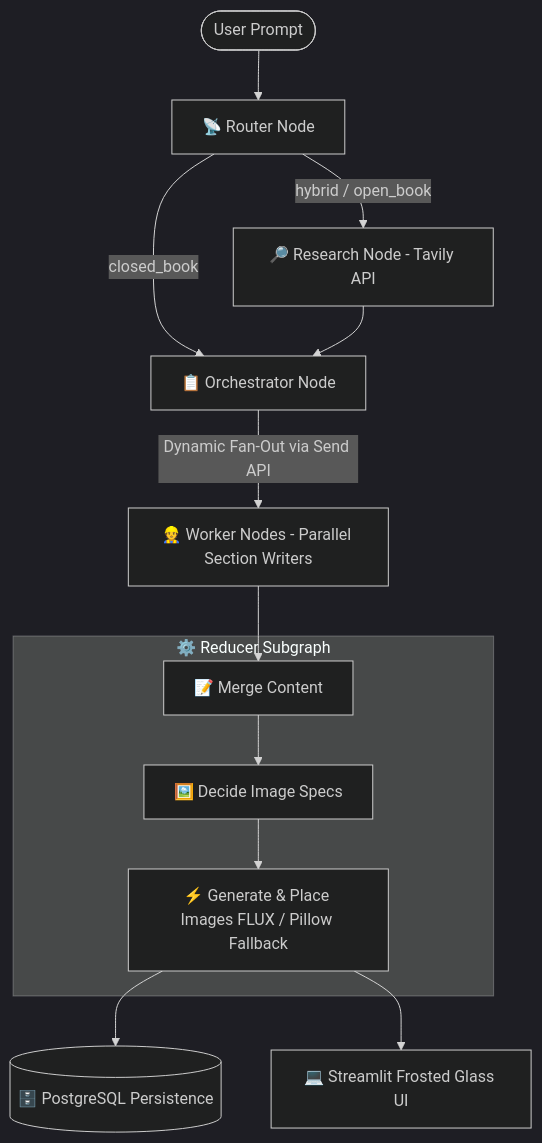
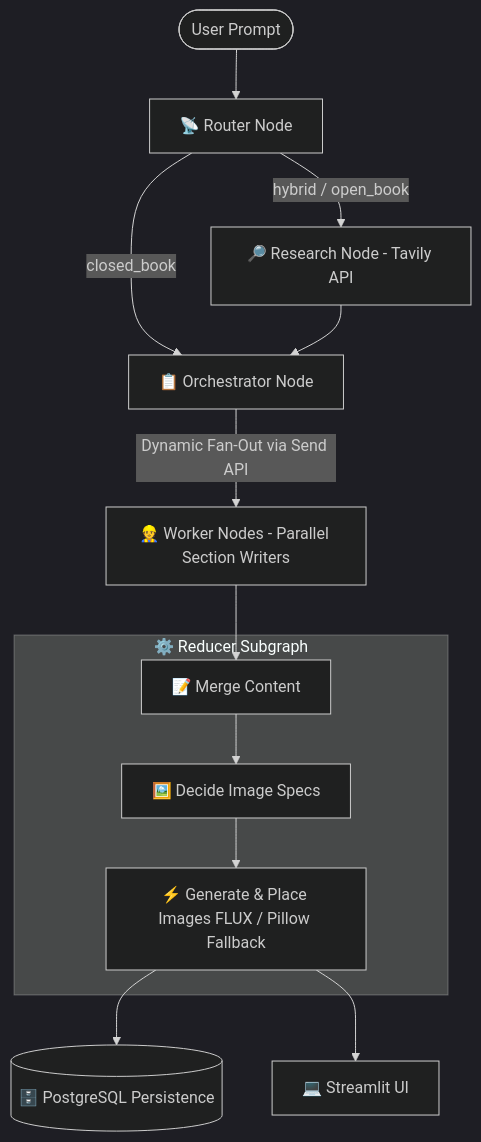
Before and after one commit to Raman7072/graphloom: the diagram in README.md, drawn with Mermaid (dark theme).

````diff
--- a/README.md
+++ b/README.md
@@ -58,20 +58,20 @@
 ```mermaid
 graph TD
     %% Nodes
     User([User Prompt]) --> Router[📡 Router Node]
     
     Router -->|closed_book| Orch[📋 Orchestrator Node]
     Router -->|hybrid / open_book| Research[🔎 Research Node - Tavily API]
     Research --> Orch
     
     Orch -->|Dynamic Fan-Out via Send API| Workers[👷 Worker Nodes - Parallel Section Writers]
     
     subgraph Reducer Subgraph ["⚙️ Reducer Subgraph"]
         Merge[📝 Merge Content] --> DecideImg[🖼️ Decide Image Specs]
         DecideImg --> GenImg[⚡ Generate & Place Images FLUX / Pillow Fallback]
     end
     
     Workers --> Merge
     GenImg --> DB[(🗄️ PostgreSQL Persistence)]
-    GenImg --> UI[💻 Streamlit Frosted Glass UI]
+    GenImg --> UI[💻 Streamlit UI]
 ```
````
